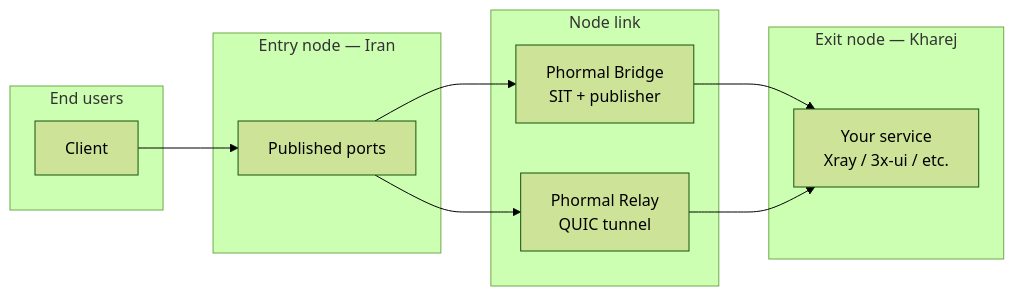
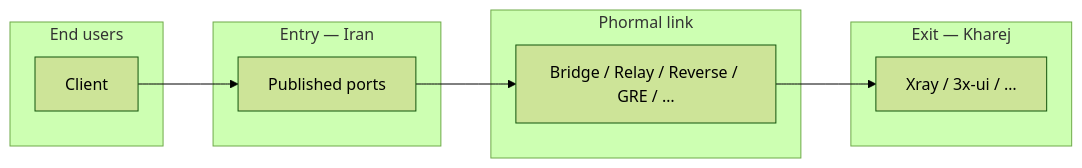
One commit to Schmi7zz/Phormal changed the diagram in README.md. Above: the diagram before and after it, drawn with Mermaid (forest theme). The commit also changed other lines of this file and 2 other files, not shown here.

````diff
--- a/README.md
+++ b/README.md
@@ -33,21 +41,16 @@
 ```mermaid
 flowchart LR
   subgraph users [End users]
     C[Client]
   end
-  subgraph entry [Entry node — Iran]
+  subgraph entry [Entry — Iran]
     E[Published ports]
   end
-  subgraph link [Node link]
-    B[Phormal Bridge<br/>SIT + publisher]
-    R[Phormal Relay<br/>QUIC tunnel]
+  subgraph link [Phormal link]
+    T[Bridge / Relay / Reverse / GRE / …]
   end
-  subgraph exit [Exit node — Kharej]
-    X[Your service<br/>Xray / 3x-ui / etc.]
+  subgraph exit [Exit — Kharej]
+    X[Xray / 3x-ui / …]
   end
-  C --> E
-  E --> B
-  E --> R
-  B --> X
-  R --> X
+  C --> E --> T --> X
 ```
````
